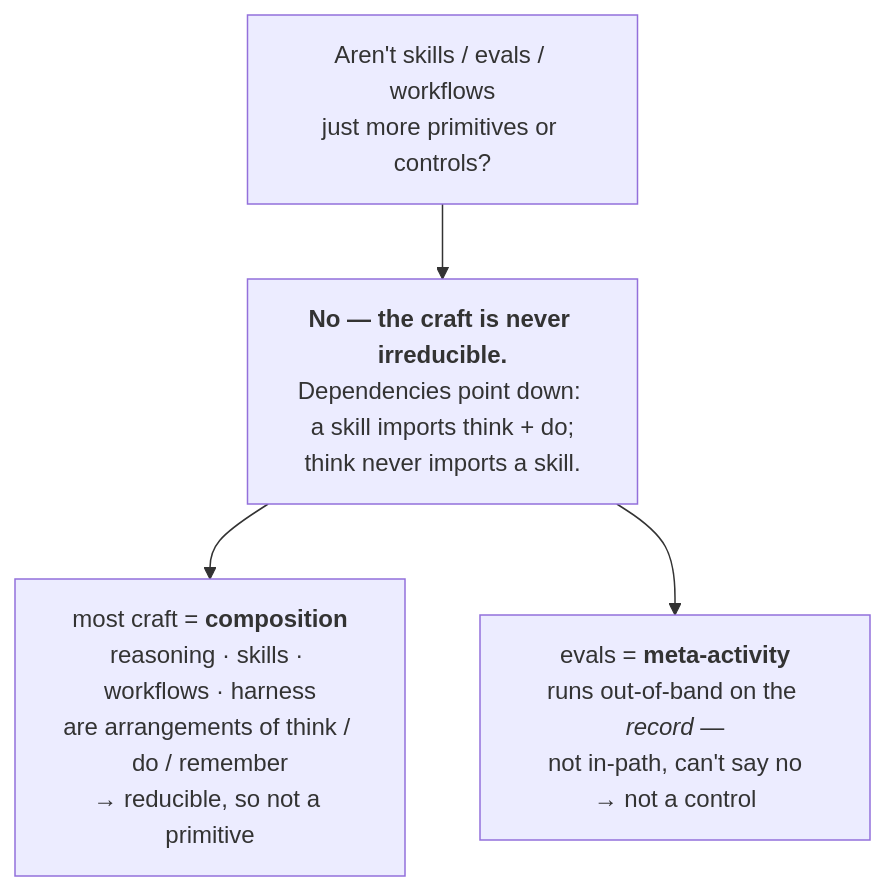
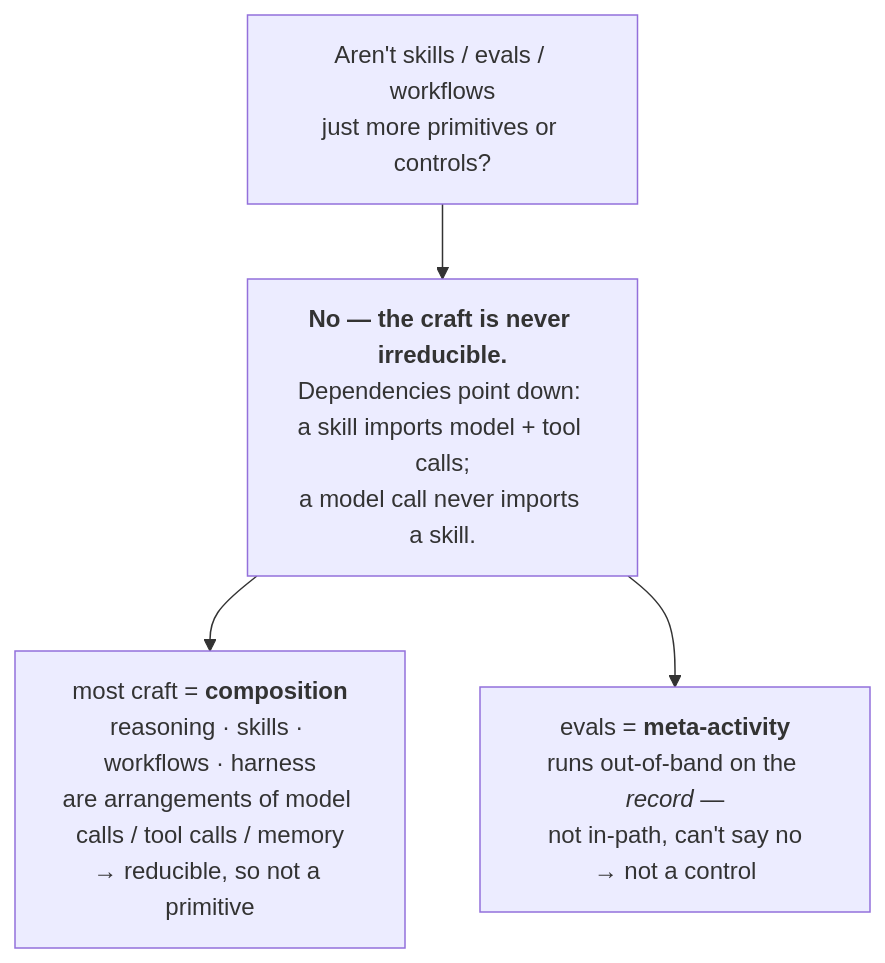
One commit to tilsley/creance changed diagram 13 of 15 in docs/stack-slides.md. Above: the diagram before and after it, drawn with Mermaid. The commit also changed other lines of this file, not shown here.

First line of the commit message:
docs(slides): replace think/do/remember with concrete model call/tool call/memory throughout

````diff
--- a/docs/stack-slides.md
+++ b/docs/stack-slides.md
@@ -224,7 +224,7 @@
 ```mermaid
 flowchart TB
   Q["&quot;Aren't skills / evals / workflows<br/>just more primitives or controls?&quot;"]
-  Q --> A["<b>No — the craft is never irreducible.</b><br/>Dependencies point down: a skill imports think + do;<br/>think never imports a skill."]
-  A --> C1["most craft = <b>composition</b><br/>reasoning · skills · workflows · harness<br/>are arrangements of think / do / remember<br/>→ reducible, so not a primitive"]
+  Q --> A["<b>No — the craft is never irreducible.</b><br/>Dependencies point down: a skill imports model + tool calls;<br/>a model call never imports a skill."]
+  A --> C1["most craft = <b>composition</b><br/>reasoning · skills · workflows · harness<br/>are arrangements of model calls / tool calls / memory<br/>→ reducible, so not a primitive"]
   A --> C2["evals = <b>meta-activity</b><br/>runs out-of-band on the <i>record</i> —<br/>not in-path, can't say no<br/>→ not a control"]
 ```
````
